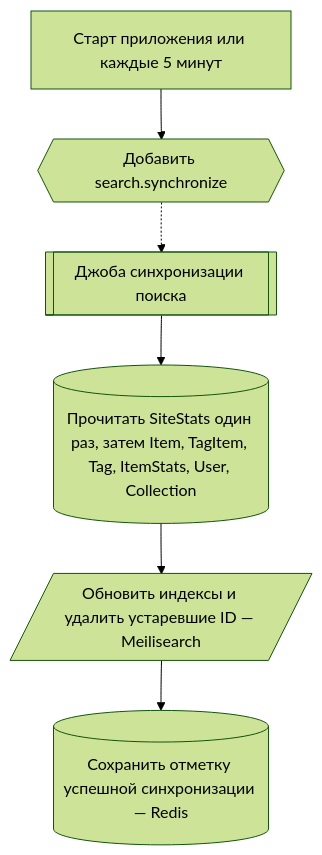
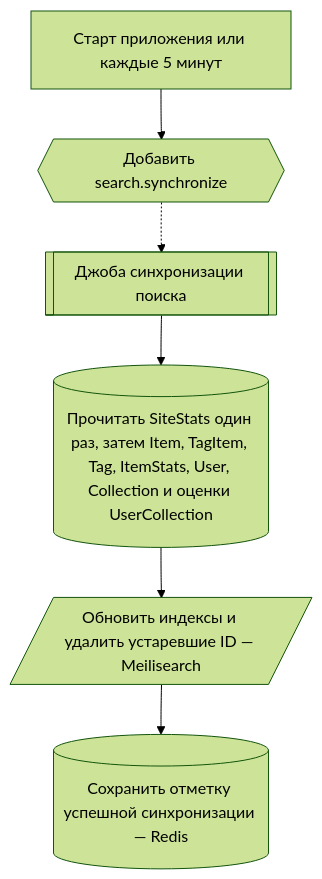
The eighth of 8 diagrams in apps/api/public/docs/api/requestFlows/catalog.md (AmyGrooove/f95-tinder), drawn with Mermaid (forest theme) before and after one commit. The commit also changed other lines of this file and 135 other files, not shown here.

````diff
--- a/apps/api/public/docs/api/requestFlows/catalog.md
+++ b/apps/api/public/docs/api/requestFlows/catalog.md
@@ -253,10 +394,10 @@
 ```mermaid
 flowchart TD
     accTitle: Как обновляется поисковый индекс
     accDescr: Планировщик ставит задачу, воркер читает MongoDB, обновляет Meilisearch и только после успеха сохраняет отметку готовности в Redis
     A["Старт приложения или каждые 5 минут"]:::action --> Q{{"Добавить search.synchronize"}}:::queue
     Q -.-> J[["Джоба синхронизации поиска"]]:::job
-    J --> B[("Прочитать SiteStats один раз, затем Item, TagItem, Tag, ItemStats, User, Collection")]:::data
+    J --> B[("Прочитать SiteStats один раз, затем Item, TagItem, Tag, ItemStats, User, Collection и оценки UserCollection")]:::data
     B --> C[/"Обновить индексы и удалить устаревшие ID — Meilisearch"/]:::external
     C --> D[("Сохранить отметку успешной синхронизации — Redis")]:::data
 ```
````
